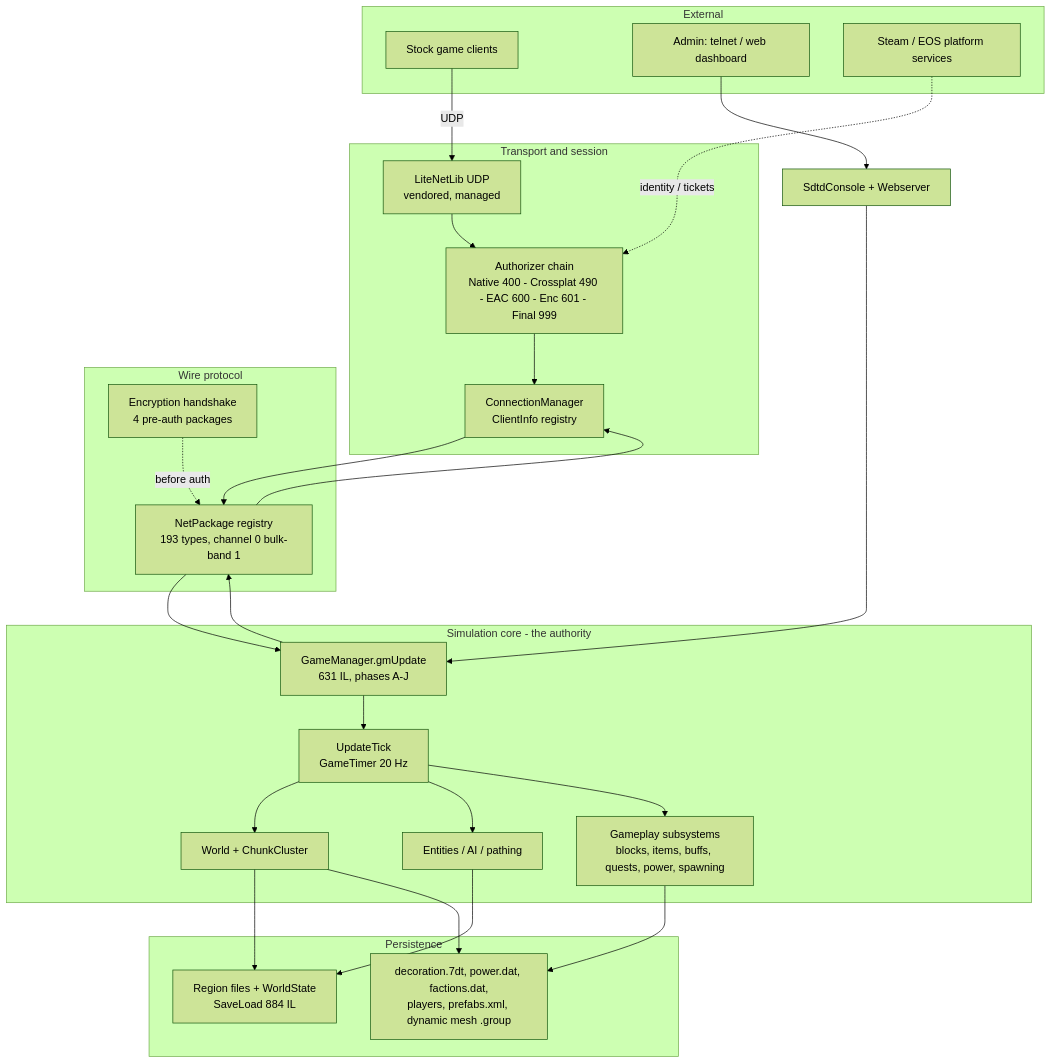
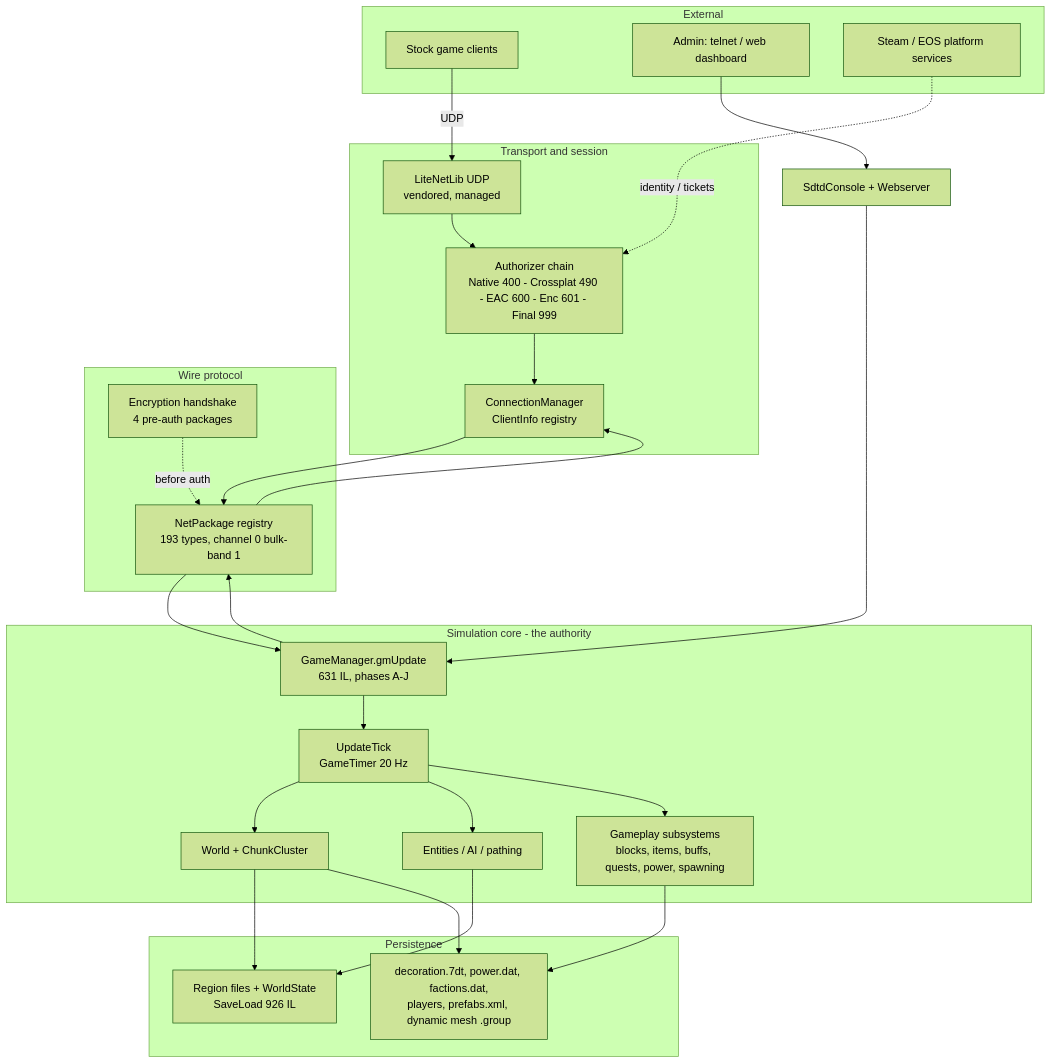
Before and after one commit to hordeforge/7dtd-engine-research: the first of 8 diagrams in docs/architecture-map.md, drawn with Mermaid (forest theme). The commit also changed other lines of this file and 1 other file, not shown here.

Commit message:
docs: architecture-map SaveLoad is 926 IL, matching loop.md
loop.md was corrected to 926 IL for the current build but architecture-map.md
still carried the 884 figure from the V3.0.1 baseline in both mermaid diagrams,
so the two docs disagreed about the same method.

Also ignore a stray /WorldBiomes at the repo root, alongside the /ChunkManager
and /NetPackageEntityAction guards: that name came from a DumpMethod cwd
mistake, and the dump itself is already filed under workspace/notes.

````diff
--- a/docs/architecture-map.md
+++ b/docs/architecture-map.md
@@ -23,52 +23,52 @@
 ```mermaid
 flowchart TB
   subgraph EXT[External]
     CL[Stock game clients]
     ADM[Admin: telnet / web dashboard]
     PLAT[Steam / EOS platform services]
   end
 
   subgraph TRANSPORT[Transport and session]
     LNL[LiteNetLib UDP<br/>vendored, managed]
     AUTH[Authorizer chain<br/>Native 400 - Crossplat 490 - EAC 600 - Enc 601 - Final 999]
     CONN[ConnectionManager<br/>ClientInfo registry]
   end
 
   subgraph WIRE[Wire protocol]
     PKG[NetPackage registry<br/>193 types, channel 0 bulk-band 1]
     ENC[Encryption handshake<br/>4 pre-auth packages]
   end
 
   subgraph SIM[Simulation core - the authority]
     GM[GameManager.gmUpdate<br/>631 IL, phases A-J]
     TICK[UpdateTick<br/>GameTimer 20 Hz]
     WORLD[World + ChunkCluster]
     ENT[Entities / AI / pathing]
     SUBS[Gameplay subsystems<br/>blocks, items, buffs, quests, power, spawning]
   end
 
   subgraph PERSIST[Persistence]
-    REG[Region files + WorldState<br/>SaveLoad 884 IL]
+    REG[Region files + WorldState<br/>SaveLoad 926 IL]
     AUX[decoration.7dt, power.dat, factions.dat,<br/>players, prefabs.xml, dynamic mesh .group]
   end
 
   CL -->|UDP| LNL
   LNL --> AUTH
   AUTH --> CONN
   PLAT -.identity / tickets.-> AUTH
   CONN --> PKG
   PKG --> CONN
   ENC -.before auth.-> PKG
   PKG --> GM
   GM --> PKG
   ADM --> CONS[SdtdConsole + Webserver]
   CONS --> GM
   GM --> TICK
   TICK --> WORLD
   TICK --> ENT
   TICK --> SUBS
   WORLD --> REG
   ENT --> REG
   SUBS --> AUX
   WORLD --> AUX
 ```
````
